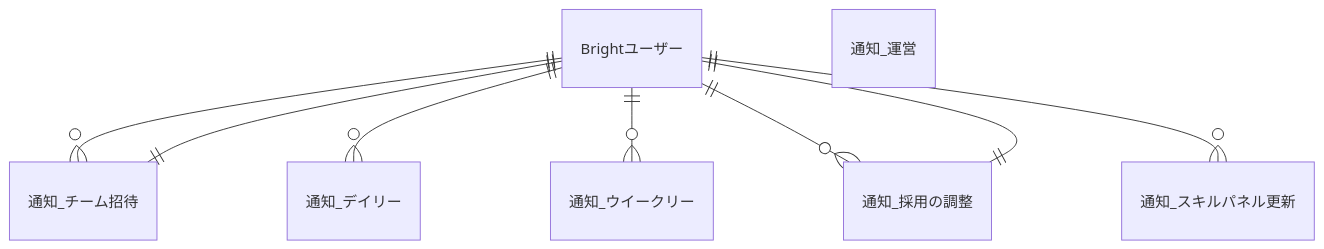
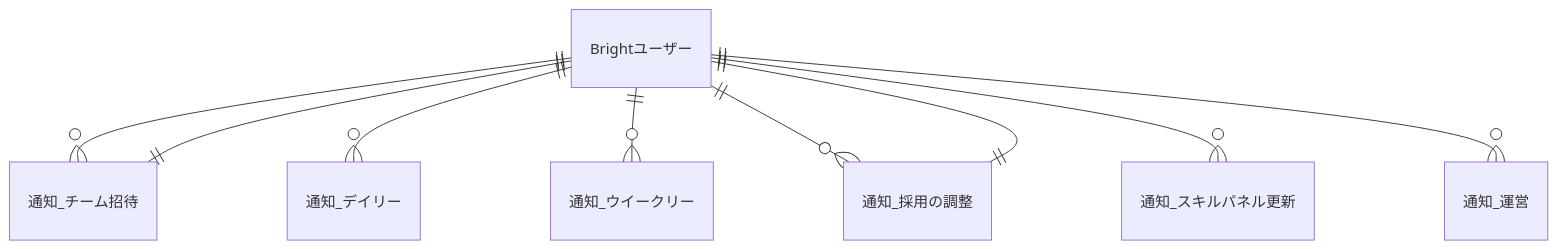
Before and after one commit to bright-org/bright: the second of 5 diagrams in docs/conceptual_schemas/notifications.md, drawn with Mermaid. The commit also changed other lines of this file, not shown here.

```````diff
--- a/docs/conceptual_schemas/notifications.md
+++ b/docs/conceptual_schemas/notifications.md
@@ -19,15 +19,15 @@
 ```mermaid
 erDiagram
   "Brightユーザー" ||--o{ "通知_チーム招待" : ""
   "通知_チーム招待" ||--|| "Brightユーザー" : ""
 
   "Brightユーザー" ||--o{ "通知_デイリー" : ""
   "Brightユーザー" ||--o{ "通知_ウイークリー" : ""
 
   "Brightユーザー" ||--o{ "通知_採用の調整" : ""
   "通知_採用の調整" ||--|| "Brightユーザー" : ""
 
   "Brightユーザー" ||--o{ "通知_スキルパネル更新" : ""
-  "通知_運営"
+  "Brightユーザー" ||--o{ "通知_運営" : ""
 
 ``````
```````
